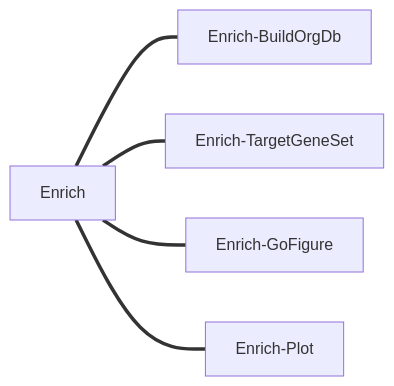
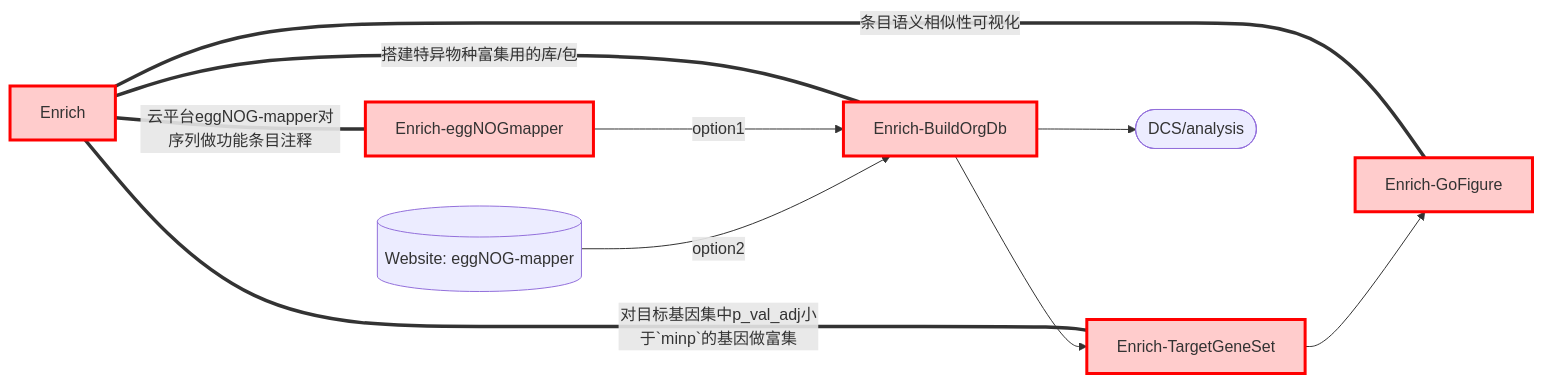
The diagram in WORKFLOW/Enrich/README.md (ydgenomics/omics4plant), drawn with Mermaid before and after one commit. The commit also changed other lines of this file and 2 other files, not shown here.

````diff
--- a/WORKFLOW/Enrich/README.md
+++ b/WORKFLOW/Enrich/README.md
@@ -8,7 +9,14 @@
 ```mermaid
 flowchart LR
-0[Enrich] === 1[Enrich-BuildOrgDb]
-0 === 2[Enrich-TargetGeneSet]
-0 === 3[Enrich-GoFigure]
-0 === 4[Enrich-Plot]
+0[Enrich] === |搭建特异物种富集用的库/包| 1[Enrich-BuildOrgDb]
+0 === |对目标基因集中p_val_adj小于`minp`的基因做富集| 2[Enrich-TargetGeneSet]
+0 === |条目语义相似性可视化|3[Enrich-GoFigure]
+0 === |云平台eggNOG-mapper对序列做功能条目注释|0.5[Enrich-eggNOGmapper] --> |option1|1
+0.4[(Website: eggNOG-mapper)] --> |option2| 1
+1 --> 2
+1 --> 2.1([DCS/analysis])
+2 --> 3
+
+classDef mainNode fill:#ffcccc,stroke:#ff0000,stroke-width:3px
+class 0,0.5,1,2,3 mainNode
 ```
````
